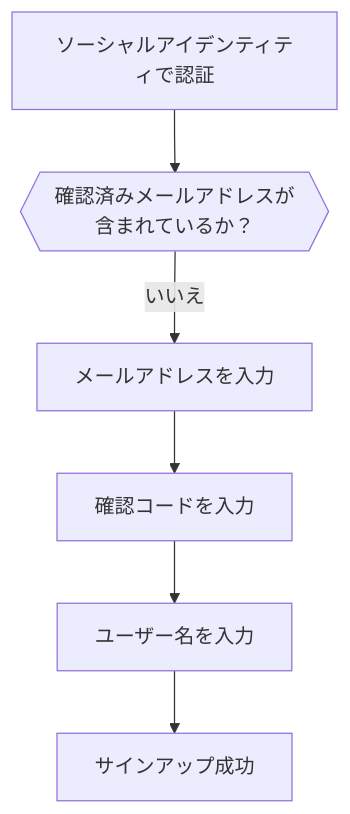
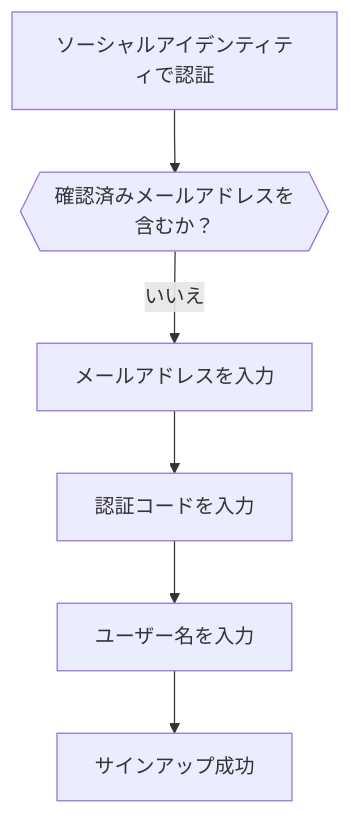
Before and after one commit to logto-io/docs: the fourth of 6 diagrams in i18n/ja/docusaurus-plugin-content-docs/current/end-user-flows/sign-up-and-sign-in/social-sign-in.mdx, drawn with Mermaid. The commit also changed other lines of this file and 59 other files, not shown here.

````diff
--- a/i18n/ja/docusaurus-plugin-content-docs/current/end-user-flows/sign-up-and-sign-in/social-sign-in.mdx
+++ b/i18n/ja/docusaurus-plugin-content-docs/current/end-user-flows/sign-up-and-sign-in/social-sign-in.mdx
@@ -154,8 +127,8 @@
    ```mermaid
    flowchart TD
-      A[ソーシャルアイデンティティで認証] --> B{{確認済みメールアドレスが含まれているか？}}
+      A[ソーシャルアイデンティティで認証] --> B{{確認済みメールアドレスを含むか？}}
       B -- いいえ --> C[メールアドレスを入力]
-      C --> D[確認コードを入力]
+      C --> D[認証コードを入力]
       D --> E[ユーザー名を入力]
       E --> F[サインアップ成功]
    ```
````
